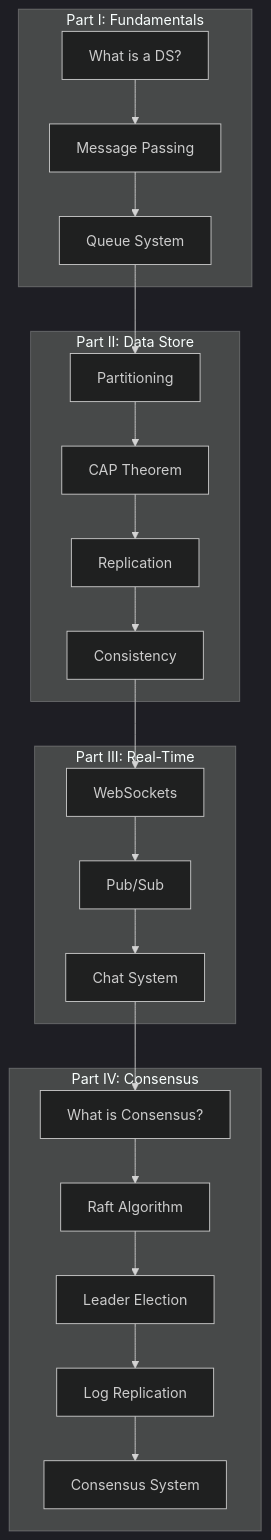
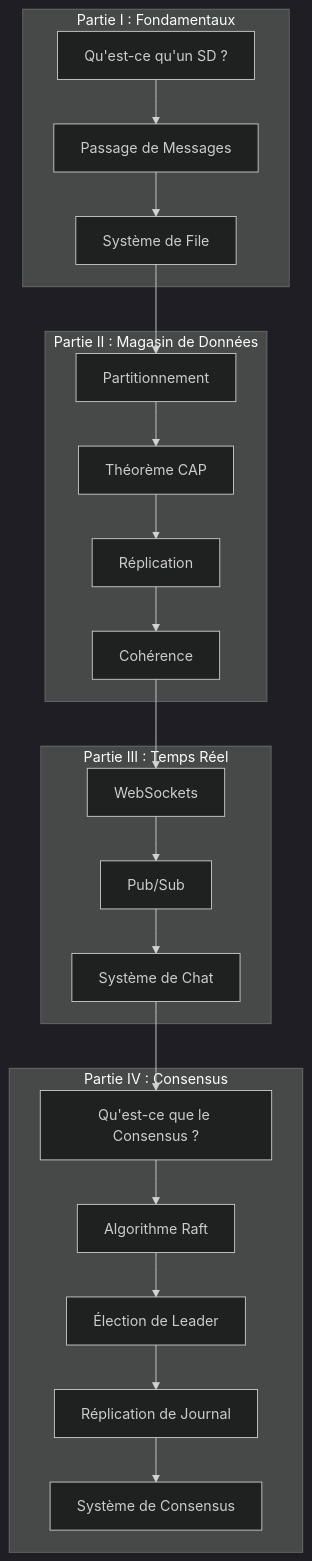
One commit to dardourimohamed/distributed-systems-course changed the first of 2 diagrams in src/introduction.md. Above: the diagram before and after it, drawn with Mermaid (dark theme). The commit also changed other lines of this file and 38 other files, not shown here.

````diff
--- a/src/introduction.md
+++ b/src/introduction.md
@@ -57,29 +57,29 @@
 ```mermaid
 graph TB
-    subgraph "Part I: Fundamentals"
-        A1[What is a DS?] --> A2[Message Passing]
-        A2 --> A3[Queue System]
+    subgraph "Partie I : Fondamentaux"
+        A1[Qu'est-ce qu'un SD ?] --> A2[Passage de Messages]
+        A2 --> A3[Système de File]
     end
 
-    subgraph "Part II: Data Store"
-        B1[Partitioning] --> B2[CAP Theorem]
-        B2 --> B3[Replication]
-        B3 --> B4[Consistency]
+    subgraph "Partie II : Magasin de Données"
+        B1[Partitionnement] --> B2[Théorème CAP]
+        B2 --> B3[Réplication]
+        B3 --> B4[Cohérence]
     end
 
-    subgraph "Part III: Real-Time"
+    subgraph "Partie III : Temps Réel"
         C1[WebSockets] --> C2[Pub/Sub]
-        C2 --> C3[Chat System]
+        C2 --> C3[Système de Chat]
     end
 
-    subgraph "Part IV: Consensus"
-        D1[What is Consensus?] --> D2[Raft Algorithm]
-        D2 --> D3[Leader Election]
-        D3 --> D4[Log Replication]
-        D4 --> D5[Consensus System]
+    subgraph "Partie IV : Consensus"
+        D1[Qu'est-ce que le Consensus ?] --> D2[Algorithme Raft]
+        D2 --> D3[Élection de Leader]
+        D3 --> D4[Réplication de Journal]
+        D4 --> D5[Système de Consensus]
     end
 
     A3 --> B1
     B4 --> C1
     C3 --> D1
 ```
````
